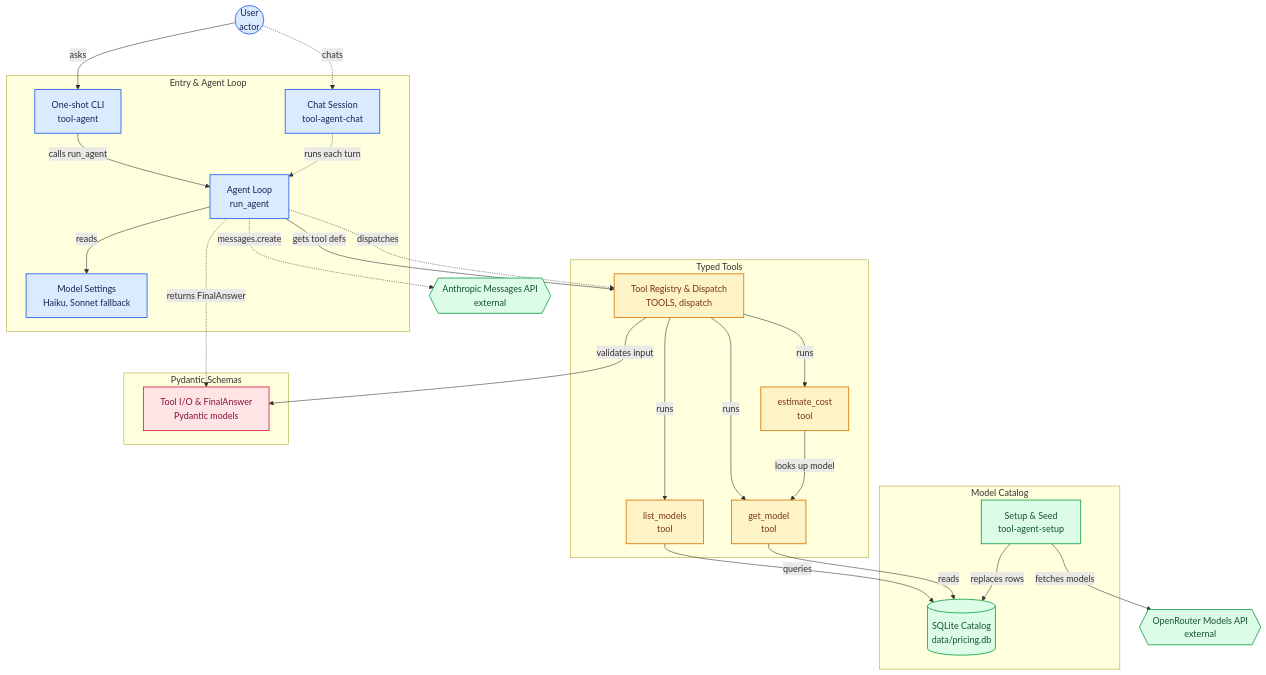
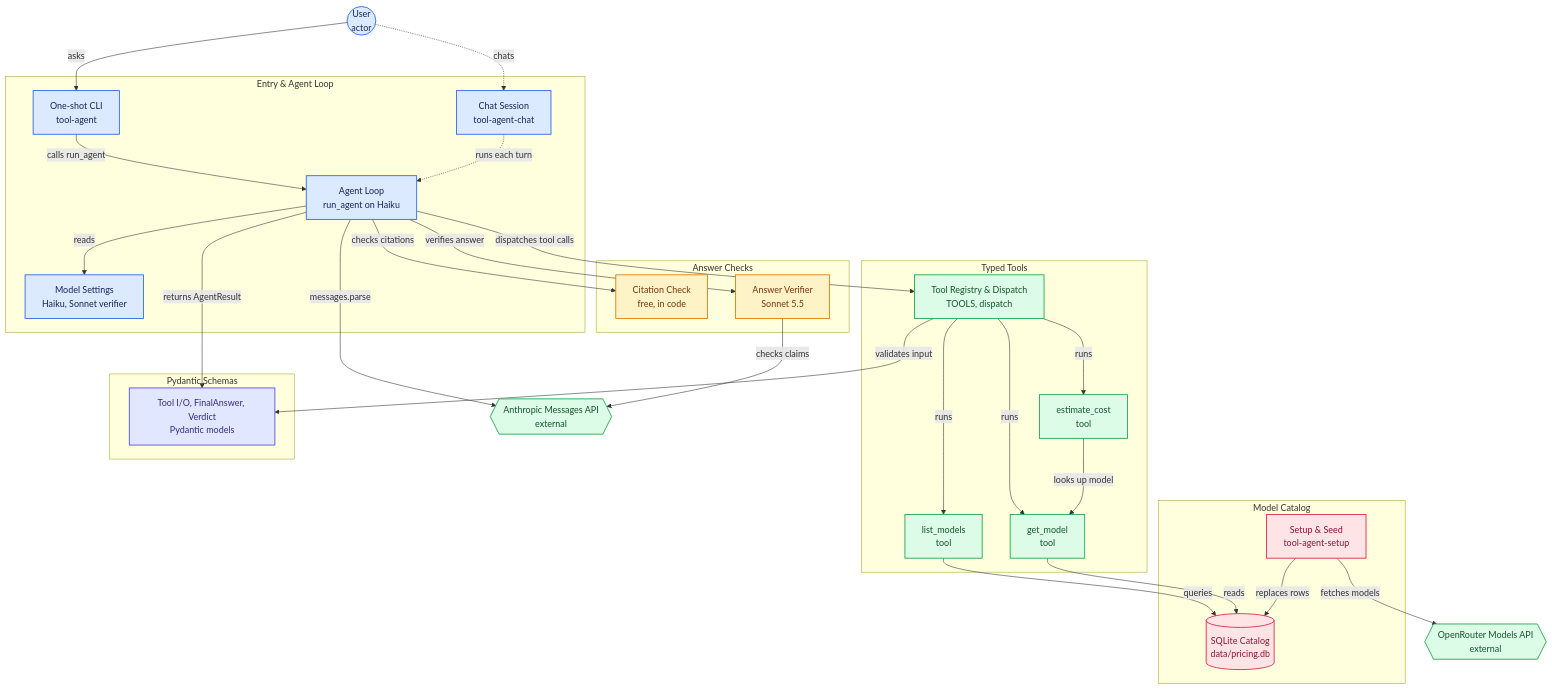
One commit to JTorres87/tool-agent changed the diagram in docs/architecture.md. Above: the diagram before and after it, drawn with Mermaid. The commit also changed other lines of this file and 1 other file, not shown here.

Commit message:
Document the answer checks in the README and architecture diagram

````diff
--- a/docs/architecture.md
+++ b/docs/architecture.md
@@ -10,8 +12,13 @@
 subgraph group_entry["Entry &amp; Agent Loop"]
   node_cli["One-shot CLI<br/>tool-agent"]
   node_chat["Chat Session<br/>tool-agent-chat"]
-  node_agent_loop["Agent Loop<br/>run_agent"]
-  node_settings["Model Settings<br/>Haiku, Sonnet fallback"]
+  node_agent_loop["Agent Loop<br/>run_agent on Haiku"]
+  node_settings["Model Settings<br/>Haiku, Sonnet verifier"]
+end
+
+subgraph group_checks["Answer Checks"]
+  node_citation_check["Citation Check<br/>free, in code"]
+  node_verifier["Answer Verifier<br/>Sonnet 5.5"]
 end
 
 subgraph group_tools["Typed Tools"]
@@ -27,7 +34,7 @@
 end
 
 subgraph group_models["Pydantic Schemas"]
-  node_schemas["Tool I/O &amp; FinalAnswer<br/>Pydantic models"]
+  node_schemas["Tool I/O, FinalAnswer, Verdict<br/>Pydantic models"]
 end
 
 node_user(("User<br/>actor"))
@@ -39,10 +46,12 @@
 node_cli -->|"calls run_agent"| node_agent_loop
 node_chat -.->|"runs each turn"| node_agent_loop
 node_agent_loop -->|"reads"| node_settings
-node_agent_loop -->|"gets tool defs"| node_registry
-node_agent_loop -.->|"messages.create"| node_claude_api
-node_agent_loop -.->|"dispatches"| node_registry
-node_agent_loop -.->|"returns FinalAnswer"| node_schemas
+node_agent_loop -->|"messages.parse"| node_claude_api
+node_agent_loop -->|"dispatches tool calls"| node_registry
+node_agent_loop -->|"checks citations"| node_citation_check
+node_agent_loop -->|"verifies answer"| node_verifier
+node_verifier -->|"checks claims"| node_claude_api
+node_agent_loop -->|"returns AgentResult"| node_schemas
 node_registry -->|"validates input"| node_schemas
 node_registry -->|"runs"| node_list_models
 node_registry -->|"runs"| node_get_model
@@ -57,6 +66,8 @@
 click node_chat "https://github.com/JTorres87/tool-agent/blob/main/src/tool_agent/chat.py"
 click node_agent_loop "https://github.com/JTorres87/tool-agent/blob/main/src/tool_agent/agent.py"
 click node_settings "https://github.com/JTorres87/tool-agent/blob/main/src/tool_agent/config.py"
+click node_citation_check "https://github.com/JTorres87/tool-agent/blob/main/src/tool_agent/agent.py"
+click node_verifier "https://github.com/JTorres87/tool-agent/blob/main/src/tool_agent/verify.py"
 click node_registry "https://github.com/JTorres87/tool-agent/blob/main/src/tool_agent/tools.py"
 click node_list_models "https://github.com/JTorres87/tool-agent/blob/main/src/tool_agent/tools.py"
 click node_get_model "https://github.com/JTorres87/tool-agent/blob/main/src/tool_agent/tools.py"
@@ -73,7 +84,8 @@
 classDef toneIndigo fill:#e0e7ff,stroke:#4f46e5,stroke-width:1.5px,color:#312e81
 classDef toneTeal fill:#ccfbf1,stroke:#0f766e,stroke-width:1.5px,color:#134e4a
 class node_cli,node_chat,node_agent_loop,node_settings,node_user toneBlue
-class node_registry,node_list_models,node_get_model,node_estimate_cost toneAmber
-class node_catalog_db,node_seeder,node_openrouter,node_claude_api toneMint
-class node_schemas toneRose
+class node_citation_check,node_verifier toneAmber
+class node_registry,node_list_models,node_get_model,node_estimate_cost,node_openrouter,node_claude_api toneMint
+class node_catalog_db,node_seeder toneRose
+class node_schemas toneIndigo
 ```
````
